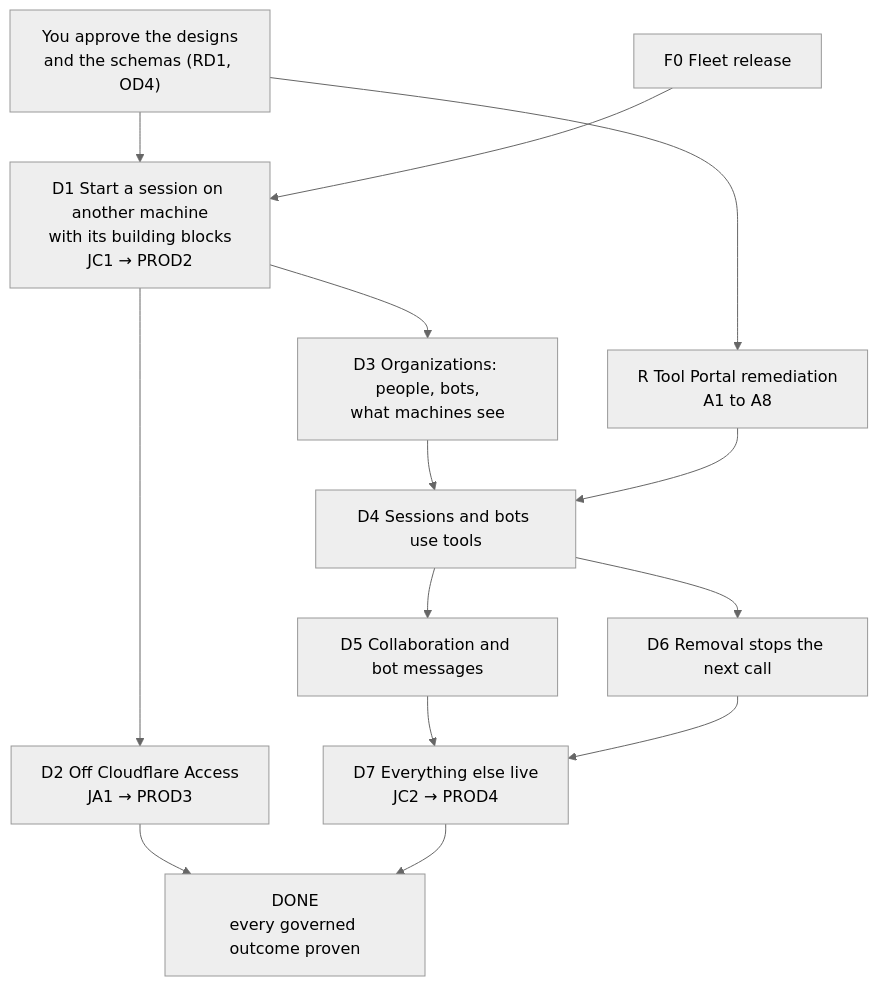
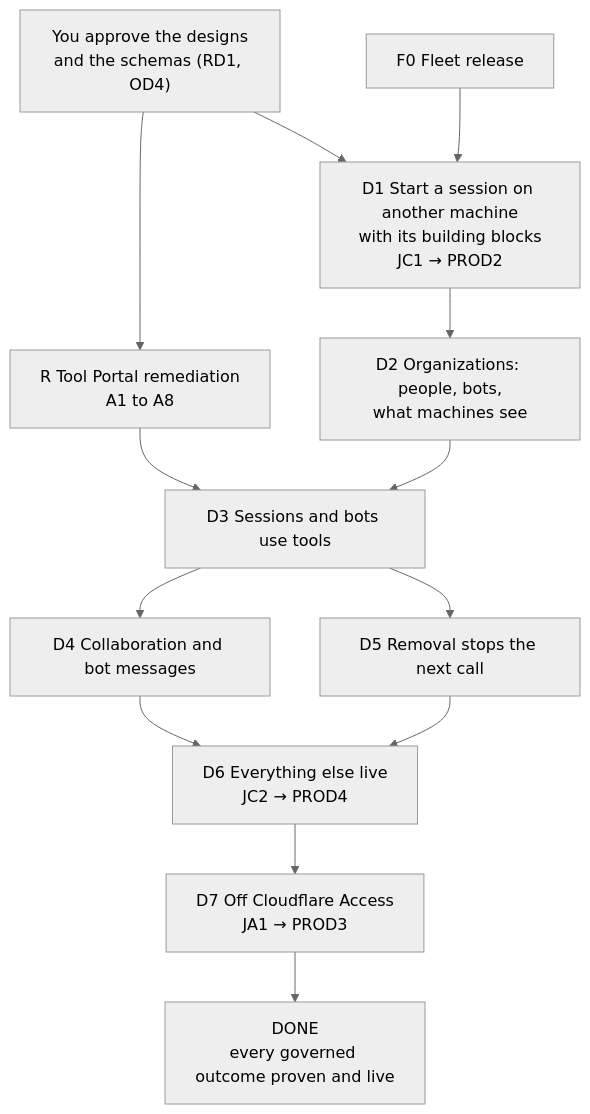
Before and after one commit to ShravanSunder/agent-vm: the diagram in docs/specs/2026-10-24-delivery-orchestration/program-design.md, drawn with Mermaid (neutral theme). The commit also changed other lines of this file and 18 other files, not shown here.

````diff
--- a/docs/specs/2026-10-24-delivery-orchestration/program-design.md
+++ b/docs/specs/2026-10-24-delivery-orchestration/program-design.md
@@ -7,27 +7,26 @@
 ```mermaid
 flowchart TB
   APPROVE["You approve the designs<br/>and the schemas (RD1, OD4)"]
   F0["F0 Fleet release"]
   R["R Tool Portal remediation<br/>A1 to A8"]
   D1["D1 Start a session on another machine<br/>with its building blocks<br/>JC1 → PROD2"]
-  D2["D2 Off Cloudflare Access<br/>JA1 → PROD3"]
-  D3["D3 Organizations: people, bots,<br/>what machines see"]
-  D4["D4 Sessions and bots use tools"]
-  D5["D5 Collaboration and bot messages"]
-  D6["D6 Removal stops the next call"]
-  D7["D7 Everything else live<br/>JC2 → PROD4"]
-  DONE["DONE<br/>every governed outcome proven"]
+  D2["D2 Organizations: people, bots,<br/>what machines see"]
+  D3["D3 Sessions and bots use tools"]
+  D4["D4 Collaboration and bot messages"]
+  D5["D5 Removal stops the next call"]
+  D6["D6 Everything else live<br/>JC2 → PROD4"]
+  D7["D7 Off Cloudflare Access<br/>JA1 → PROD3"]
+  DONE["DONE<br/>every governed outcome proven and live"]
   APPROVE --> R
   APPROVE --> D1
   F0 --> D1
   D1 --> D2
-  D1 --> D3
+  D2 --> D3
+  R --> D3
   D3 --> D4
-  R --> D4
-  D4 --> D5
+  D3 --> D5
   D4 --> D6
-  D5 --> D7
+  D5 --> D6
   D6 --> D7
-  D2 --> DONE
   D7 --> DONE
 ```
````
